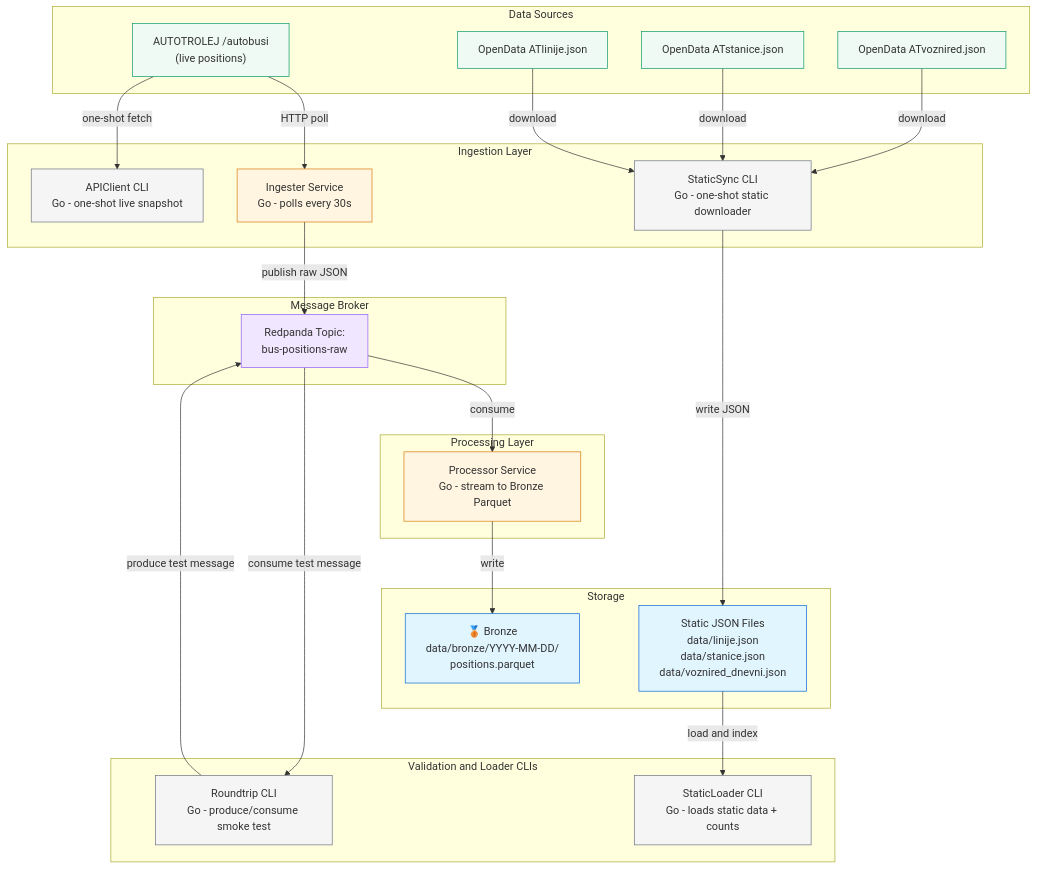
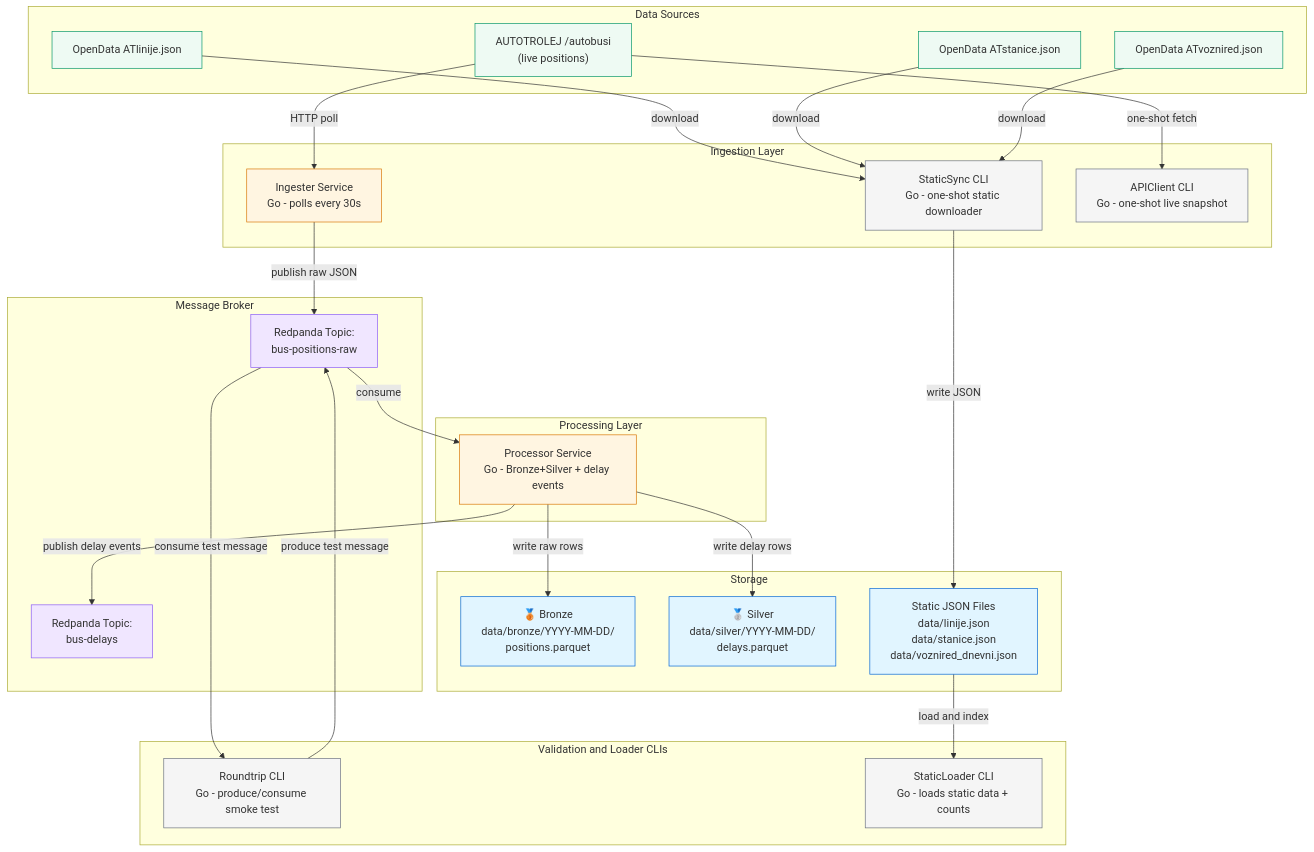
One commit to EdiProdan/arRIval changed the diagram in docs/current_architecture_diagram.mmd. Above: the diagram before and after it, drawn with Mermaid. The commit also changed 5 other files, not shown here.

```diff
--- a/docs/current_architecture_diagram.mmd
+++ b/docs/current_architecture_diagram.mmd
@@ -1,62 +1,66 @@
 graph TB
     subgraph "Data Sources"
         API1["AUTOTROLEJ /autobusi<br/>(live positions)"]
         ODS1["OpenData ATlinije.json"]
         ODS2["OpenData ATstanice.json"]
         ODS3["OpenData ATvoznired.json"]
     end
 
     subgraph "Ingestion Layer"
         Ingester[Ingester Service<br/>Go - polls every 30s]
         StaticSync[StaticSync CLI<br/>Go - one-shot static downloader]
         APIClient[APIClient CLI<br/>Go - one-shot live snapshot]
     end
 
     subgraph "Message Broker"
         T1["Redpanda Topic:<br/>bus-positions-raw"]
+        T2["Redpanda Topic:<br/>bus-delays"]
     end
 
     subgraph "Processing Layer"
-        Processor[Processor Service<br/>Go - stream to Bronze Parquet]
+        Processor[Processor Service<br/>Go - Bronze+Silver + delay events]
     end
 
     subgraph "Storage"
         Bronze["🥉 Bronze<br/>data/bronze/YYYY-MM-DD/<br/>positions.parquet"]
+        Silver["🥈 Silver<br/>data/silver/YYYY-MM-DD/<br/>delays.parquet"]
         StaticFiles["Static JSON Files<br/>data/linije.json<br/>data/stanice.json<br/>data/voznired_dnevni.json"]
     end
 
     subgraph "Validation and Loader CLIs"
         Roundtrip[Roundtrip CLI<br/>Go - produce/consume smoke test]
         StaticLoader[StaticLoader CLI<br/>Go - loads static data + counts]
     end
 
     %% Data flow
     API1 -->|HTTP poll| Ingester
     API1 -->|one-shot fetch| APIClient
 
     ODS1 -->|download| StaticSync
     ODS2 -->|download| StaticSync
     ODS3 -->|download| StaticSync
 
     StaticSync -->|write JSON| StaticFiles
     StaticFiles -->|load and index| StaticLoader
 
     Ingester -->|publish raw JSON| T1
     T1 -->|consume| Processor
-    Processor -->|write| Bronze
+    Processor -->|write raw rows| Bronze
+    Processor -->|write delay rows| Silver
+    Processor -->|publish delay events| T2
 
     Roundtrip -->|produce test message| T1
     T1 -->|consume test message| Roundtrip
 
     %% Styling
     classDef storage fill:#e1f5ff,stroke:#0366d6
     classDef service fill:#fff5e1,stroke:#d97706
     classDef broker fill:#f0e6ff,stroke:#8b5cf6
     classDef utility fill:#f5f5f5,stroke:#6b7280
     classDef source fill:#eefaf3,stroke:#059669
 
-    class Bronze,StaticFiles storage
+    class Bronze,Silver,StaticFiles storage
     class Ingester,Processor service
-    class T1 broker
+    class T1,T2 broker
     class StaticSync,APIClient,Roundtrip,StaticLoader utility
     class API1,ODS1,ODS2,ODS3 source
```
